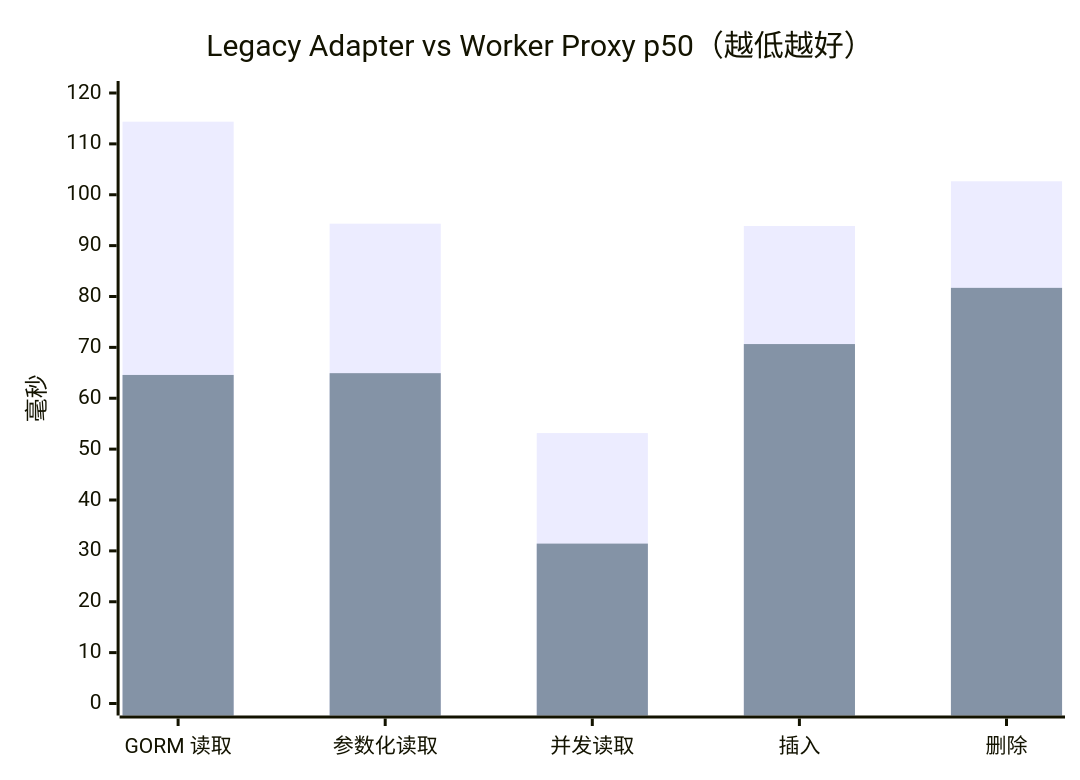
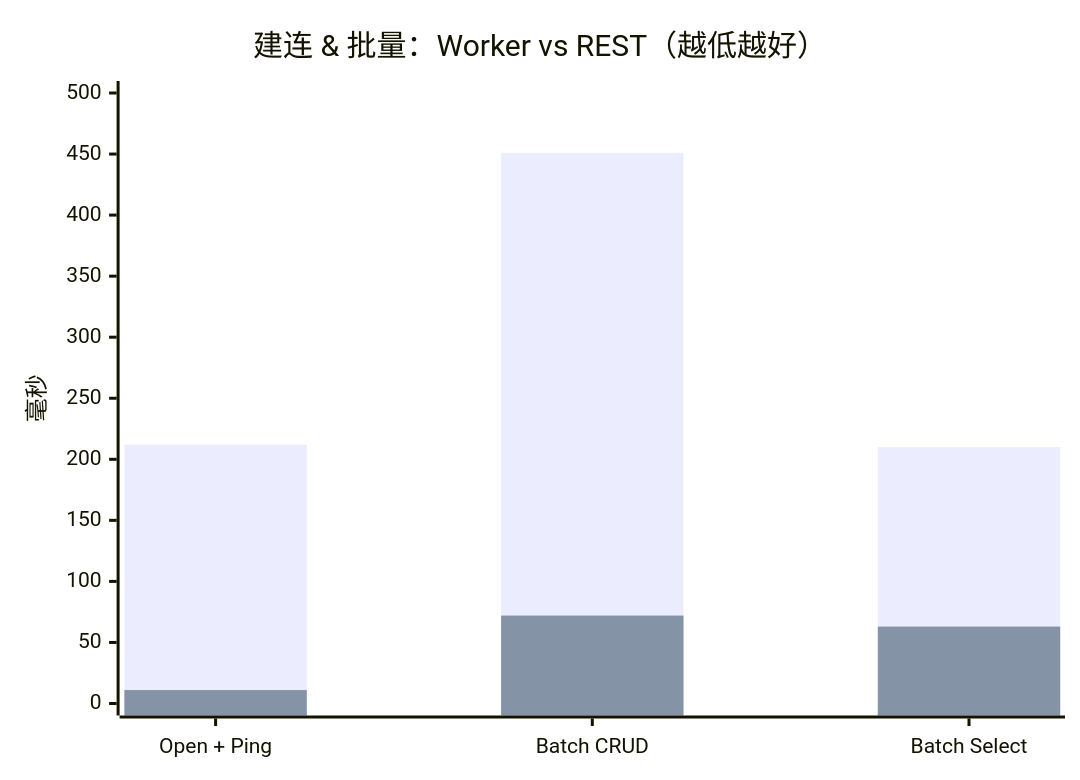
Before and after one commit to intmian/gorm-d1-adapter: the diagram in README.zh-CN.md, drawn with Mermaid. The commit also changed other lines of this file and 6 other files, not shown here.

````diff
--- a/README.zh-CN.md
+++ b/README.zh-CN.md
@@ -73,8 +102,8 @@
 ```mermaid
 xychart-beta
-    title "Legacy Adapter vs Worker Proxy p50（越低越好）"
-    x-axis ["GORM 读取", "参数化读取", "并发读取", "插入", "删除"]
-    y-axis "毫秒" 0 --> 120
-    bar "Legacy Adapter" [114.36, 94.31, 53.15, 93.86, 102.65]
-    bar "Worker Proxy" [64.58, 64.93, 31.43, 70.65, 81.70]
+    title "建连 & 批量：Worker vs REST（越低越好）"
+    x-axis ["Open + Ping", "Batch CRUD", "Batch Select"]
+    y-axis "毫秒" 0 --> 500
+    bar "REST" [212, 451, 210]
+    bar "Worker" [11, 72, 63]
 ```
````
